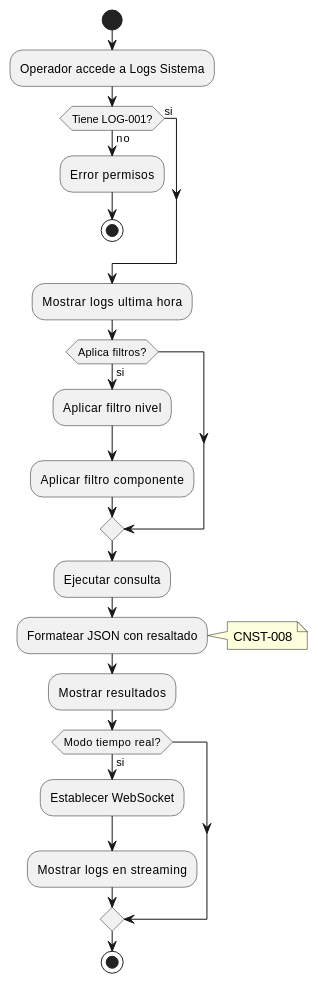
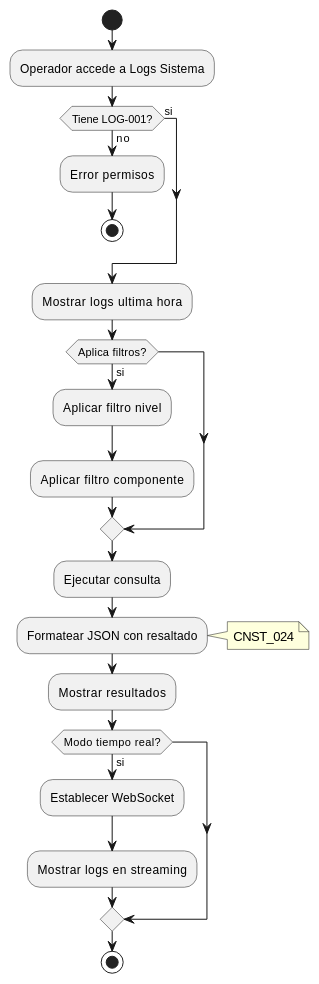
One commit to jcg-admin/IACT-docs changed the third of 3 diagrams in source/requisitos/casos_uso/logs/UC_LOG_01_Consultar_Logs_Sistema.rst. Above: the diagram before and after it, drawn with PlantUML. The commit also changed other lines of this file and 67 other files, not shown here.

```diff
--- a/source/requisitos/casos_uso/logs/UC_LOG_01_Consultar_Logs_Sistema.rst
+++ b/source/requisitos/casos_uso/logs/UC_LOG_01_Consultar_Logs_Sistema.rst
@@ -307,33 +307,33 @@
 .. uml::
    :caption: Diagrama de Actividad - UC_LOG_01
 
    @startuml
    start
    :Operador accede a Logs Sistema;
 
    if (Tiene LOG-001?) then (no)
      :Error permisos;
      stop
    else (si)
    endif
 
    :Mostrar logs ultima hora;
 
    if (Aplica filtros?) then (si)
      :Aplicar filtro nivel;
      :Aplicar filtro componente;
    endif
 
    :Ejecutar consulta;
    :Formatear JSON con resaltado;
-   note right: CNST-008
+   note right: CNST_024
 
    :Mostrar resultados;
 
    if (Modo tiempo real?) then (si)
      :Establecer WebSocket;
      :Mostrar logs en streaming;
    endif
 
    stop
    @enduml
```
